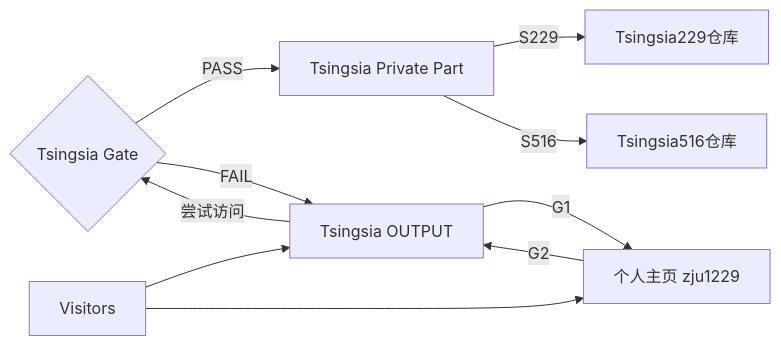
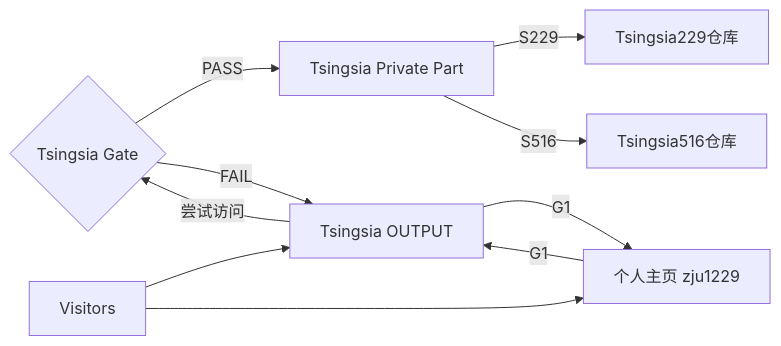
One commit to zju1229/Tsingsia229_OUTPUT changed the first of 3 diagrams in README.md. Above: the diagram before and after it, drawn with Mermaid. The commit also changed other lines of this file, not shown here.

````diff
--- a/README.md
+++ b/README.md
@@ -6,12 +6,12 @@
 ```mermaid
 graph LR
   A[Tsingsia Private Part] -->|S229| B[Tsingsia229仓库]
   A -->|S516| C[Tsingsia516仓库]
   D{Tsingsia Gate} -->|PASS| A
   D -->|FAIL| E[Tsingsia OUTPUT]
   E -->|尝试访问| D
   E -->|G1| F[个人主页 zju1229]
-  F -->|G2| E
+  F -->|G1| E
   G[Visitors] --> E
   G --> F
 ```
````
